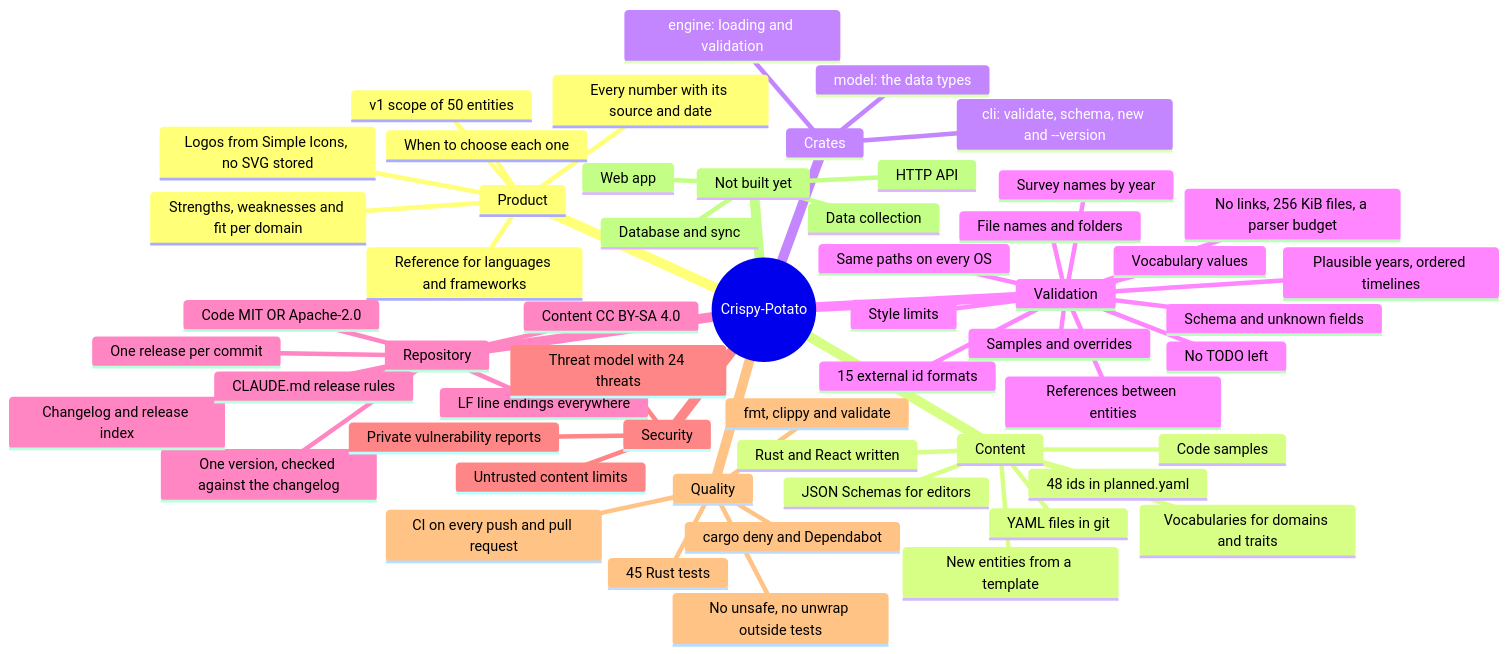
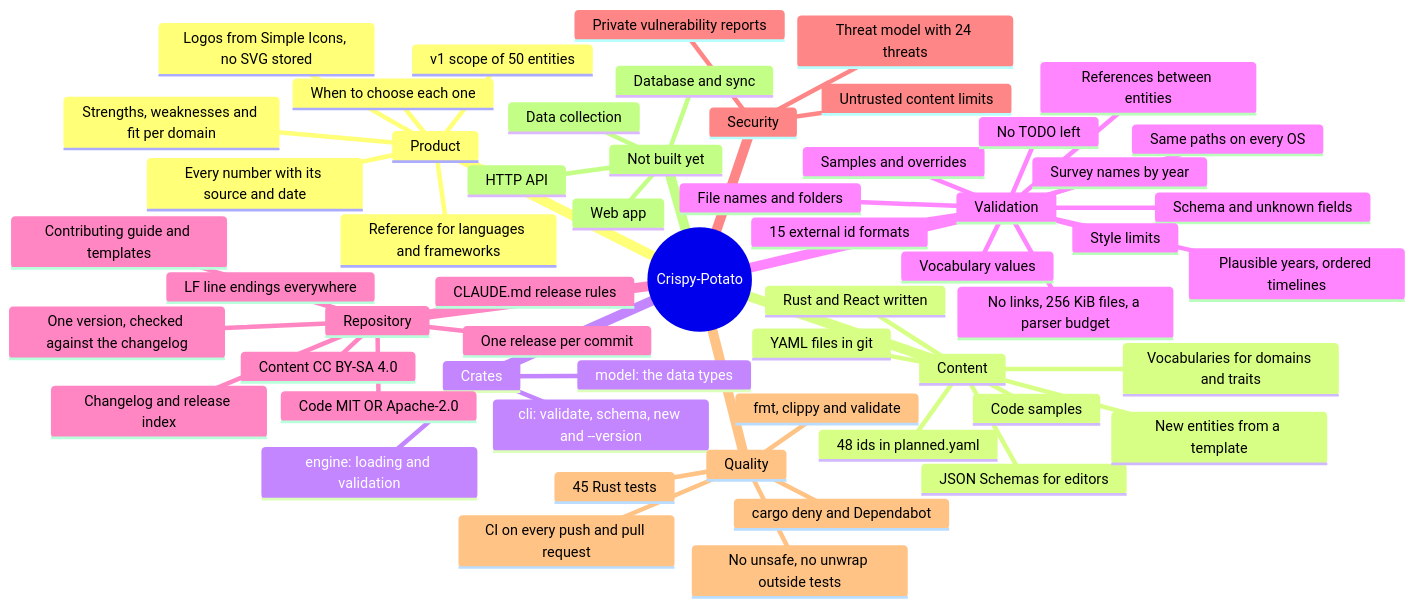
Before and after one commit to winksen/Crispy-Potato: the first of 2 diagrams in docs/MINDMAP.md, drawn with Mermaid. The commit also changed other lines of this file and 13 other files, not shown here.

````diff
--- a/docs/MINDMAP.md
+++ b/docs/MINDMAP.md
@@ -11,59 +11,60 @@
 ```mermaid
 mindmap
   root((Crispy-Potato))
     Product
       Reference for languages and frameworks
       Strengths, weaknesses and fit per domain
       When to choose each one
       Every number with its source and date
       Logos from Simple Icons, no SVG stored
       v1 scope of 50 entities
     Content
       YAML files in git
       JSON Schemas for editors
       New entities from a template
       Rust and React written
       48 ids in planned.yaml
       Vocabularies for domains and traits
       Code samples
     Crates
       model: the data types
       engine: loading and validation
       cli: validate, schema, new and --version
     Validation
       Schema and unknown fields
       15 external id formats
       Survey names by year
       Plausible years, ordered timelines
       File names and folders
       Vocabulary values
       References between entities
       Style limits
       Samples and overrides
       Same paths on every OS
       No links, 256 KiB files, a parser budget
       No TODO left
     Repository
       Code MIT OR Apache-2.0
       Content CC BY-SA 4.0
       One release per commit
       One version, checked against the changelog
       Changelog and release index
       CLAUDE.md release rules
+      Contributing guide and templates
       LF line endings everywhere
     Security
       Threat model with 24 threats
       Untrusted content limits
       Private vulnerability reports
     Quality
       45 Rust tests
       fmt, clippy and validate
       No unsafe, no unwrap outside tests
       CI on every push and pull request
       cargo deny and Dependabot
     Not built yet
       Database and sync
       Data collection
       HTTP API
       Web app
 ```
````
